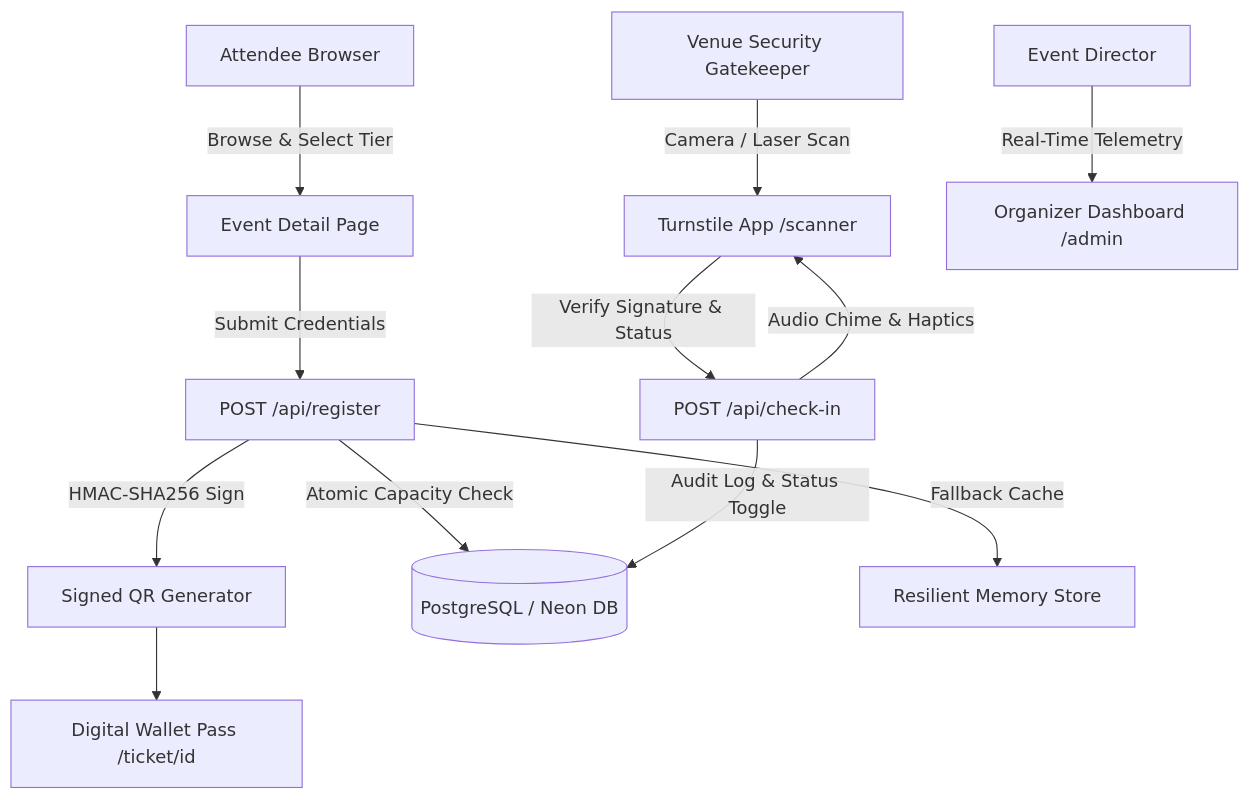
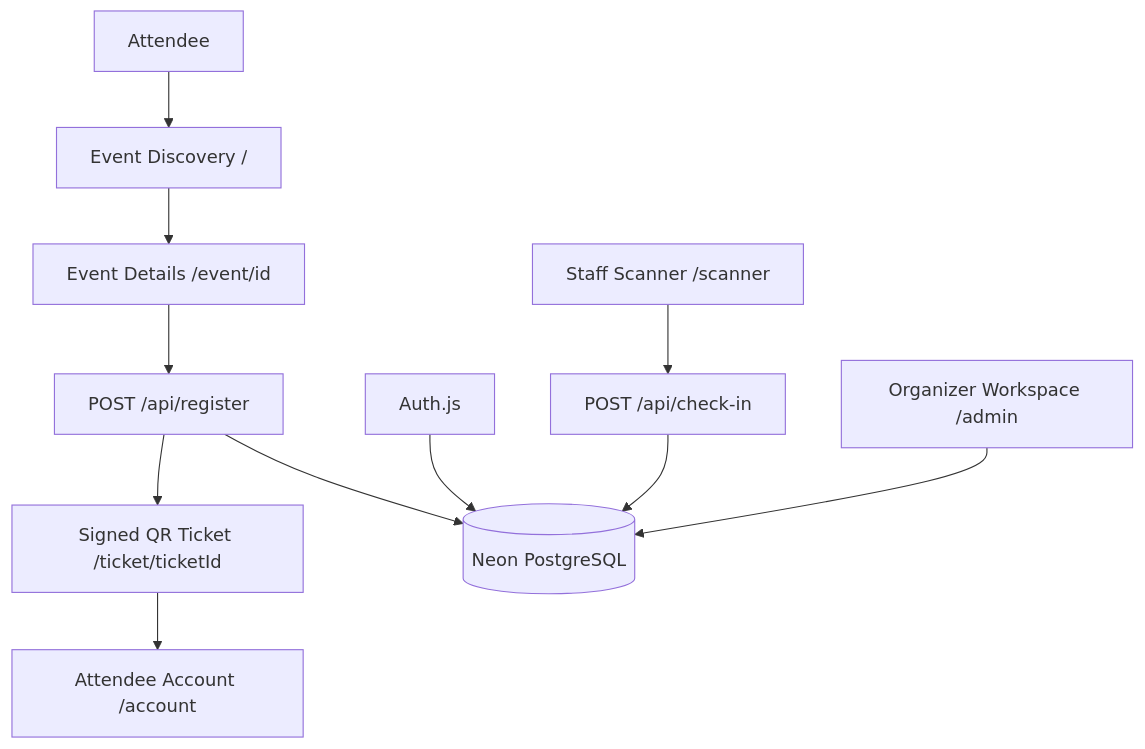
One commit to hassanismailtech/Ticketer changed the diagram in README.md. Above: the diagram before and after it, drawn with Mermaid. The commit also changed other lines of this file and 16 other files, not shown here.

First line of the commit message:
feat: add account page to display user tickets and implement authentication checks

````diff
--- a/README.md
+++ b/README.md
@@ -21,16 +45,14 @@
 ```mermaid
 graph TD
-    A[Attendee Browser] -->|Browse & Select Tier| B[Event Detail Page]
-    B -->|Submit Credentials| C[POST /api/register]
-    C -->|HMAC-SHA256 Sign| D[Signed QR Generator]
-    C -->|Atomic Capacity Check| E[(PostgreSQL / Neon DB)]
-    C -->|Fallback Cache| F[Resilient Memory Store]
-    D --> G[Digital Wallet Pass /ticket/id]
-    
-    H[Venue Security Gatekeeper] -->|Camera / Laser Scan| I[Turnstile App /scanner]
-    I -->|Verify Signature & Status| J[POST /api/check-in]
-    J -->|Audit Log & Status Toggle| E
-    J -->|Audio Chime & Haptics| I
-    
-    K[Event Director] -->|Real-Time Telemetry| L[Organizer Dashboard /admin]
+    A[Attendee] --> B[Event Discovery /]
+    B --> C[Event Details /event/id]
+    C --> D[POST /api/register]
+    D --> E[Signed QR Ticket /ticket/ticketId]
+    E --> F[Attendee Account /account]
+
+    G[Auth.js] --> H[(Neon PostgreSQL)]
+    D --> H
+    I[Staff Scanner /scanner] --> J[POST /api/check-in]
+    J --> H
+    K[Organizer Workspace /admin] --> H
 ```
````
